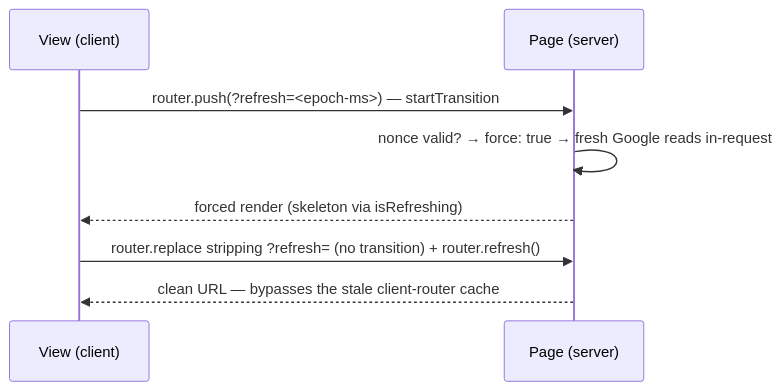
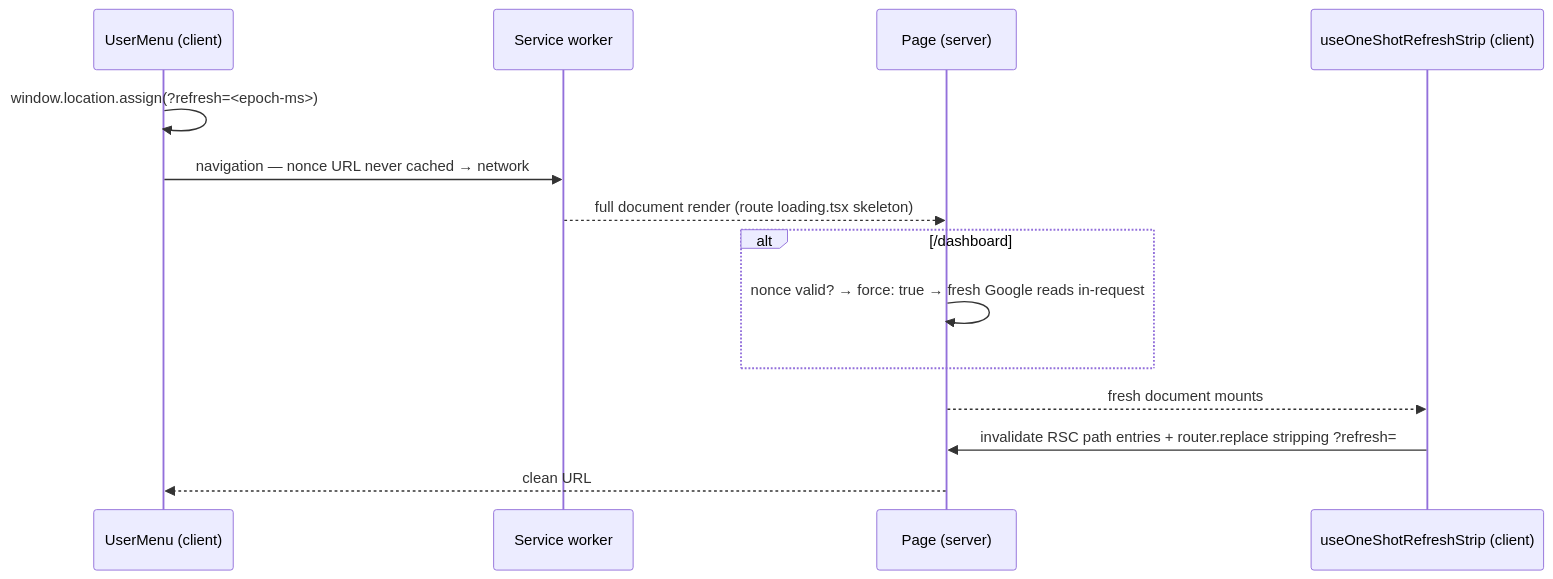
One commit to oncloudnintynineone-source/cloudy2 changed the second of 5 diagrams in docs/loading-transitions.md. Above: the diagram before and after it, drawn with Mermaid. The commit also changed other lines of this file and 17 other files, not shown here.

Commit message:
Disable pull-to-refresh; move Force refresh to the profile menu (network-fresh on every page); drop the Saved chip

````diff
--- a/docs/loading-transitions.md
+++ b/docs/loading-transitions.md
@@ -233,10 +237,16 @@
 ```mermaid
 sequenceDiagram
-    participant V as View (client)
+    participant V as UserMenu (client)
+    participant SW as Service worker
     participant P as Page (server)
-    V->>P: router.push(?refresh=<epoch-ms>) — startTransition
-    P->>P: nonce valid? → force: true → fresh Google reads in-request
-    P-->>V: forced render (skeleton via isRefreshing)
-    V->>P: router.replace stripping ?refresh= (no transition) + router.refresh()
-    P-->>V: clean URL — bypasses the stale client-router cache
+    participant R as useOneShotRefreshStrip (client)
+    V->>V: window.location.assign(?refresh=<epoch-ms>)
+    V->>SW: navigation — nonce URL never cached → network
+    SW-->>P: full document render (route loading.tsx skeleton)
+    alt /dashboard
+        P->>P: nonce valid? → force: true → fresh Google reads in-request
+    end
+    P-->>R: fresh document mounts
+    R->>P: invalidate RSC path entries + router.replace stripping ?refresh=
+    P-->>V: clean URL
 ```
````
